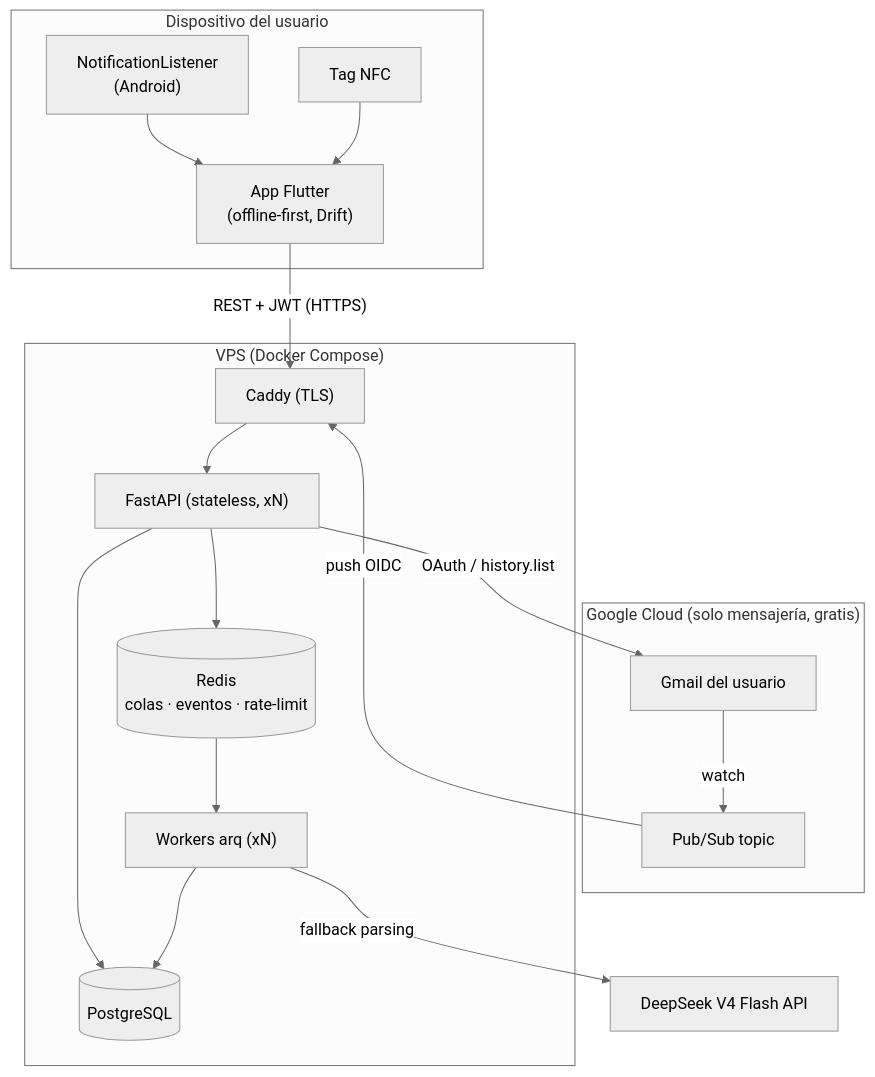
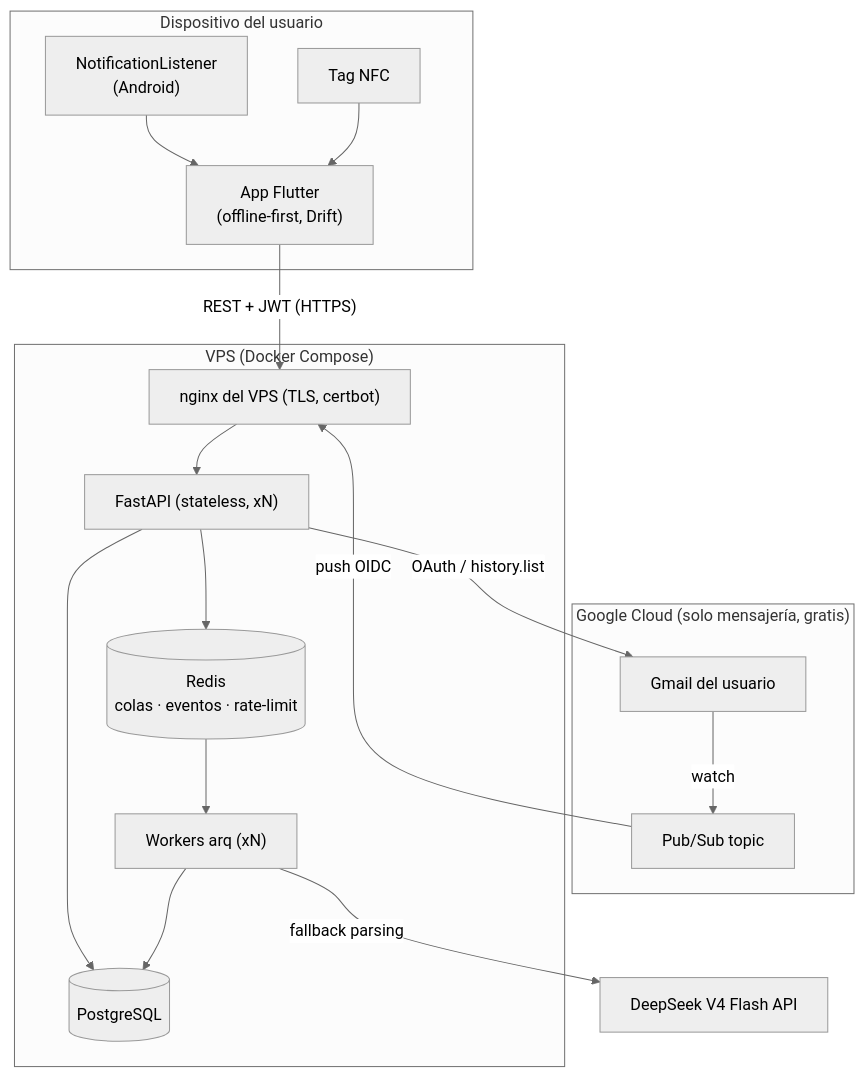
Before and after one commit to CristianmMst/luka: the first of 2 diagrams in docs/specs/003-architecture/spec.md, drawn with Mermaid (neutral theme). The commit also changed other lines of this file and 13 other files, not shown here.

First line of the commit message:
ci(deploy): finanzia detras del nginx del vps compartido

````diff
--- a/docs/specs/003-architecture/spec.md
+++ b/docs/specs/003-architecture/spec.md
@@ -5,34 +5,34 @@
 ```mermaid
 flowchart TB
     subgraph device["Dispositivo del usuario"]
         APP["App Flutter<br/>(offline-first, Drift)"]
         NL["NotificationListener<br/>(Android)"]
         NFC["Tag NFC"]
         NL --> APP
         NFC --> APP
     end
 
     subgraph gcp["Google Cloud (solo mensajería, gratis)"]
         GMAIL["Gmail del usuario"] -->|watch| PUBSUB["Pub/Sub topic"]
     end
 
     subgraph vps["VPS (Docker Compose)"]
-        CADDY["Caddy (TLS)"]
+        CADDY["nginx del VPS (TLS, certbot)"]
         API["FastAPI (stateless, xN)"]
         WK["Workers arq (xN)"]
         PG[("PostgreSQL")]
         RD[("Redis<br/>colas · eventos · rate-limit")]
         CADDY --> API
         API --> PG
         API --> RD
         RD --> WK
         WK --> PG
     end
 
     DS["DeepSeek V4 Flash API"]
 
     APP -->|"REST + JWT (HTTPS)"| CADDY
     PUBSUB -->|"push OIDC"| CADDY
     WK -->|fallback parsing| DS
     API -->|"OAuth / history.list"| GMAIL
 ```
````
